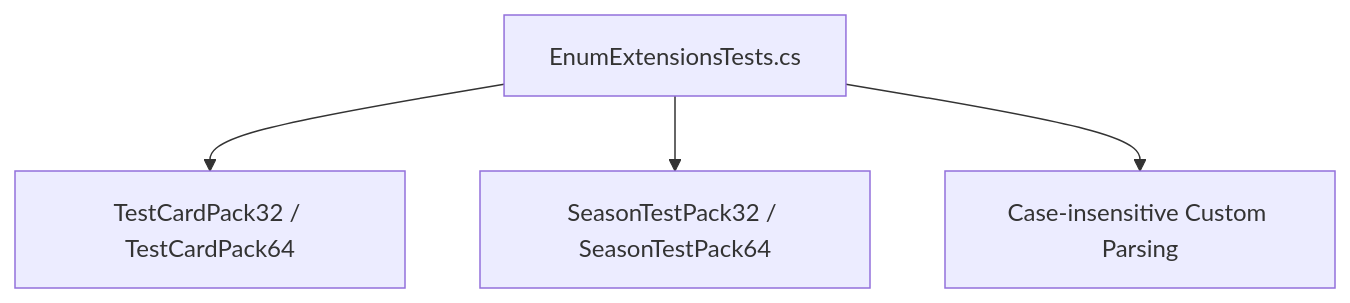
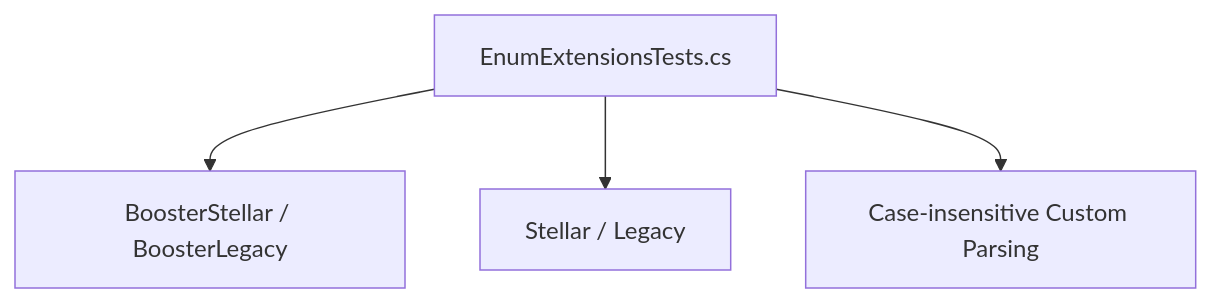
Before and after one commit to Drakilis-57/WankulCrazy: the fourth of 6 diagrams in wiki/Suite de Tests.md, drawn with Mermaid. The commit also changed 7 other files, not shown here.

````diff
--- a/wiki/Suite de Tests.md
+++ b/wiki/Suite de Tests.md
@@ -103,12 +103,12 @@
 ```mermaid
 flowchart TD
 
 sub_EnumTest["EnumExtensionsTests.cs"]
-sub_ItemCheck["TestCardPack32 / TestCardPack64"]
-sub_PackCheck["SeasonTestPack32 / SeasonTestPack64"]
+sub_ItemCheck["BoosterStellar / BoosterLegacy"]
+sub_PackCheck["Stellar / Legacy"]
 sub_ParseCheck["Case-insensitive Custom Parsing"]
 
 sub_EnumTest --> sub_ItemCheck
 sub_EnumTest --> sub_PackCheck
 sub_EnumTest --> sub_ParseCheck
 ```
````
